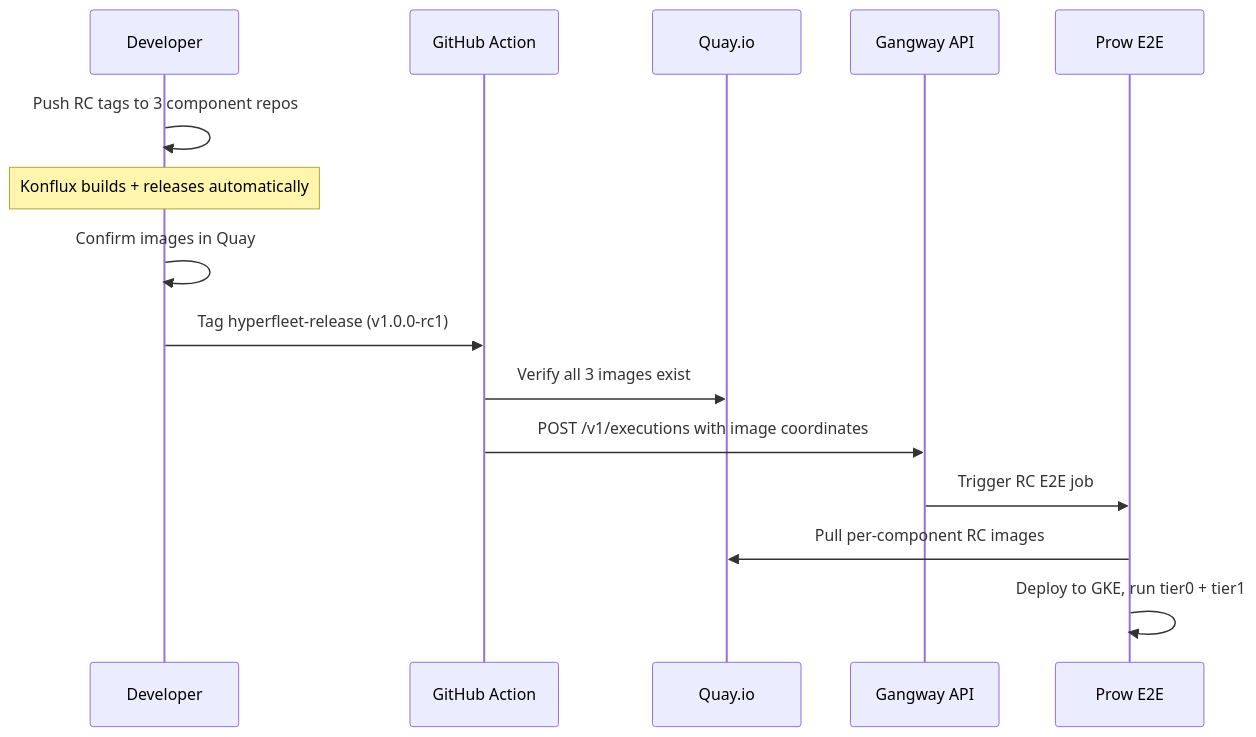
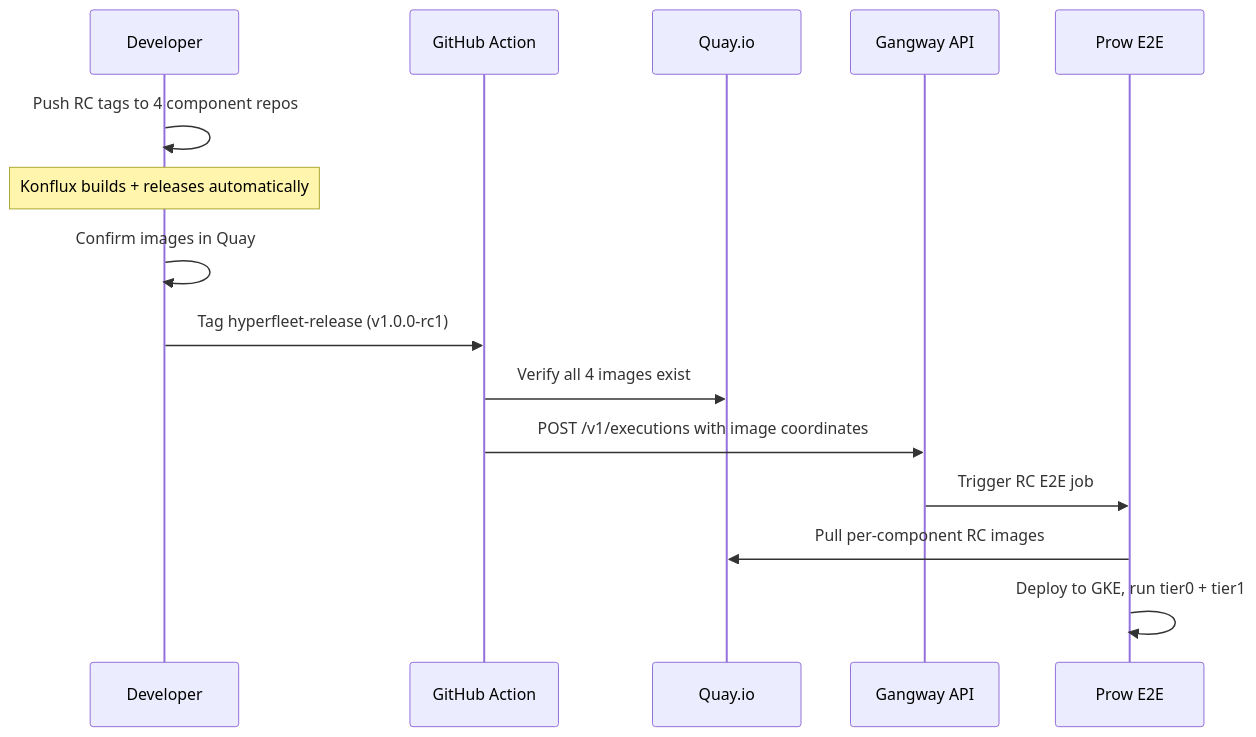
The fourth of 4 diagrams in hyperfleet/docs/release/konflux-release-pipeline-design.md (openshift-hyperfleet/architecture), drawn with Mermaid before and after one commit. The commit also changed other lines of this file and 1 other file, not shown here.

First line of the commit message:
HYPERFLEET-1435 - docs: add HyperFleet Applier as a fourth component

````diff
--- a/hyperfleet/docs/release/konflux-release-pipeline-design.md
+++ b/hyperfleet/docs/release/konflux-release-pipeline-design.md
@@ -402,18 +405,18 @@
 ```mermaid
 sequenceDiagram
     participant Dev as Developer
     participant GHA as GitHub Action
     participant Quay as Quay.io
     participant Gangway as Gangway API
     participant Prow as Prow E2E
 
-    Dev->>Dev: Push RC tags to 3 component repos
+    Dev->>Dev: Push RC tags to 4 component repos
     Note over Dev: Konflux builds + releases automatically
     Dev->>Dev: Confirm images in Quay
     Dev->>GHA: Tag hyperfleet-release (v1.0.0-rc1)
-    GHA->>Quay: Verify all 3 images exist
+    GHA->>Quay: Verify all 4 images exist
     GHA->>Gangway: POST /v1/executions with image coordinates
     Gangway->>Prow: Trigger RC E2E job
     Prow->>Quay: Pull per-component RC images
     Prow->>Prow: Deploy to GKE, run tier0 + tier1
 ```
````
